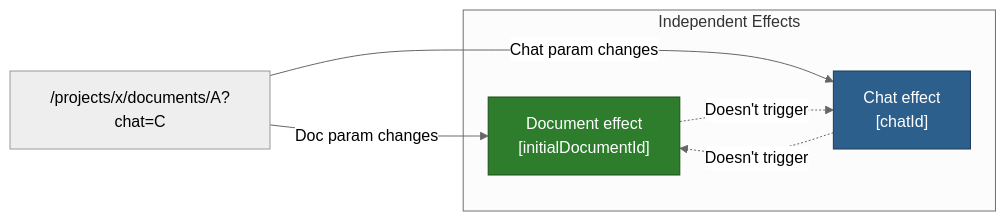
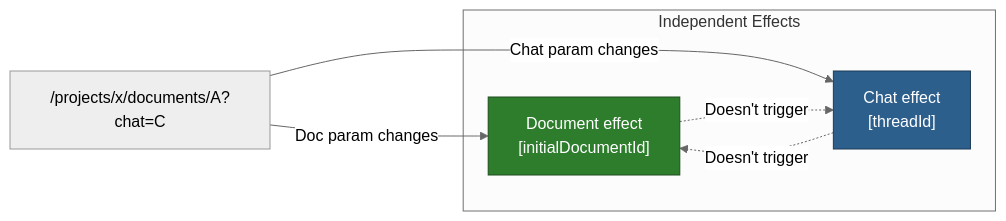
One commit to haowjy/meridian-flow changed the third of 3 diagrams in _docs/technical/frontend/architecture/navigation-pattern.md. Above: the diagram before and after it, drawn with Mermaid (neutral theme). The commit also changed 271 other files, not shown here.

````diff
--- a/_docs/technical/frontend/architecture/navigation-pattern.md
+++ b/_docs/technical/frontend/architecture/navigation-pattern.md
@@ -87,18 +87,18 @@
 ```mermaid
 flowchart LR
     URL["/projects/x/documents/A?chat=C"]
 
     subgraph "Independent Effects"
         DocEffect["Document effect\n[initialDocumentId]"]
-        ChatEffect["Chat effect\n[chatId]"]
+        ChatEffect["Chat effect\n[threadId]"]
     end
 
     URL -->|"Doc param changes"| DocEffect
     URL -->|"Chat param changes"| ChatEffect
 
     DocEffect -.->|"Doesn't trigger"| ChatEffect
     ChatEffect -.->|"Doesn't trigger"| DocEffect
 
     style DocEffect fill:#2d7d2d,stroke:#1e4d1e,color:#fff
     style ChatEffect fill:#2d5f8d,stroke:#1b3a56,color:#fff
 ```
````
